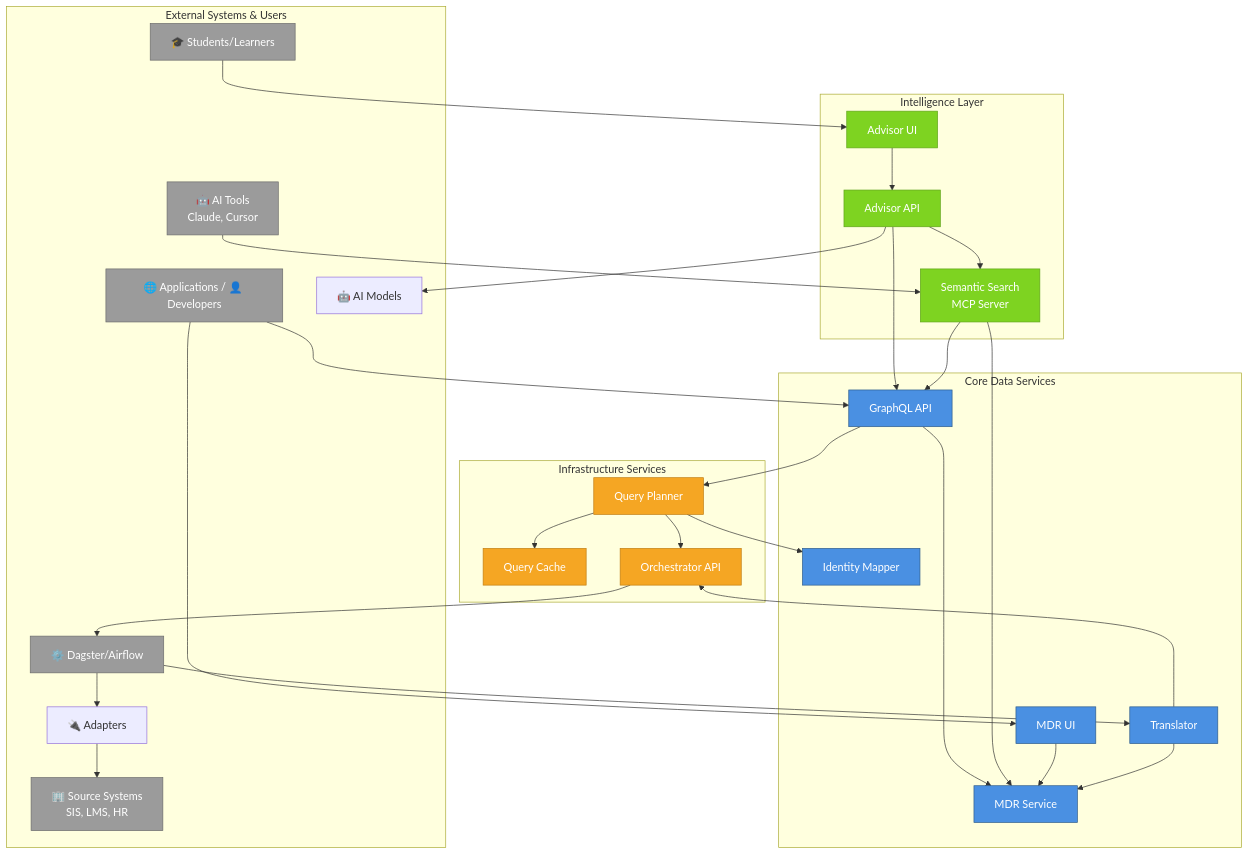
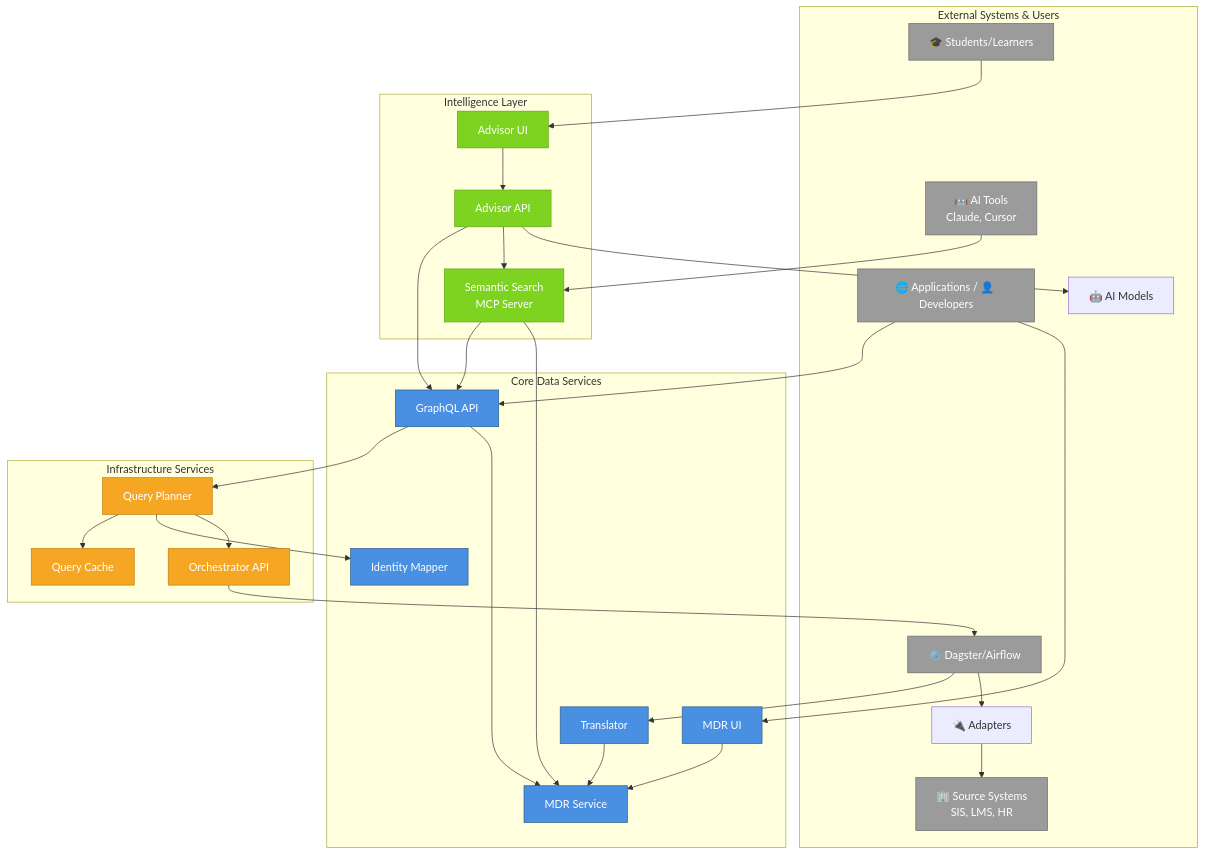
Before and after one commit to LIF-Initiative/lif-core: the first of 16 diagrams in docs/lif_services_overview.md, drawn with Mermaid.

Commit message:
docs: update first diagram

````diff
--- a/docs/lif_services_overview.md
+++ b/docs/lif_services_overview.md
@@ -11,68 +11,67 @@
 ```mermaid
 graph TB
     subgraph External["External Systems & Users"]
         Users[🌐 Applications / 👤 Developers]
         Students[🎓 Students/Learners]
         Sources[🏢 Source Systems<br/>SIS, LMS, HR]
         Orchestrators[⚙️ Dagster/Airflow]
         AIModels[🤖 AI Models]
         AITools[🤖 AI Tools<br/>Claude, Cursor]
         Adapters[🔌  Adapters]
     end
     
     subgraph Core["Core Data Services"]
         GQL[GraphQL API]
         Trans[Translator]
         IDMap[Identity Mapper]
         MDR[MDR Service]
         MDRUI[MDR UI]
     end
     
     subgraph Intel["Intelligence Layer"]
         Advisor[Advisor API]
         AdvisorUI[Advisor UI]
         MCP[Semantic Search<br/>MCP Server]
     end
     
     subgraph Infra["Infrastructure Services"]
         Cache[Query Cache]
         Planner[Query Planner]
         Orch[Orchestrator API]
     end
     
     Users --> GQL
     Users --> MDRUI
     Students --> AdvisorUI
     AITools --> MCP
     
     GQL --> Planner
     GQL --> MDR
     AdvisorUI --> Advisor
     Advisor --> GQL
     Advisor --> MCP
     Advisor --> AIModels
     MCP --> GQL
     MCP --> MDR
     MDRUI --> MDR
     
     Planner --> Cache
     Planner --> IDMap
     Planner --> Orch
     
     Orch --> Orchestrators
     Orchestrators --> Trans
     Orchestrators --> Adapters
     Adapters --> Sources
     Trans --> MDR
-    Trans --> Orch
     
     classDef coreStyle fill:#4A90E2,stroke:#2E5C8A,color:#fff
     classDef intelStyle fill:#7ED321,stroke:#5FA319,color:#fff
     classDef infraStyle fill:#F5A623,stroke:#C17D11,color:#fff
     classDef extStyle fill:#9B9B9B,stroke:#6B6B6B,color:#fff
     
     class GQL,Trans,IDMap,MDR,MDRUI coreStyle
     class Advisor,AdvisorUI,MCP intelStyle
     class Cache,Planner,Orch infraStyle
     class Users,Students,Sources,Orchestrators,AITools extStyle
 ```
````
